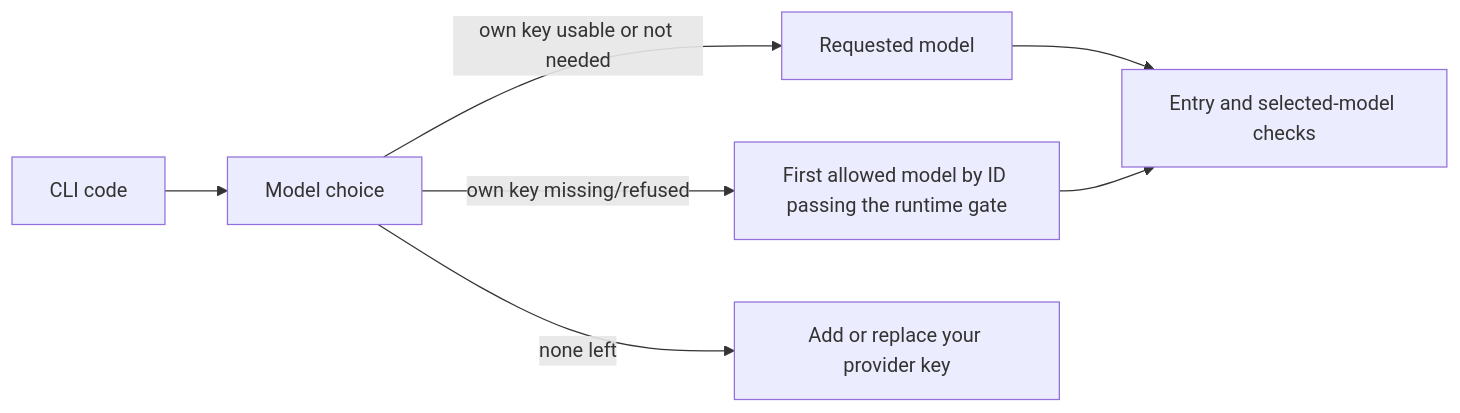
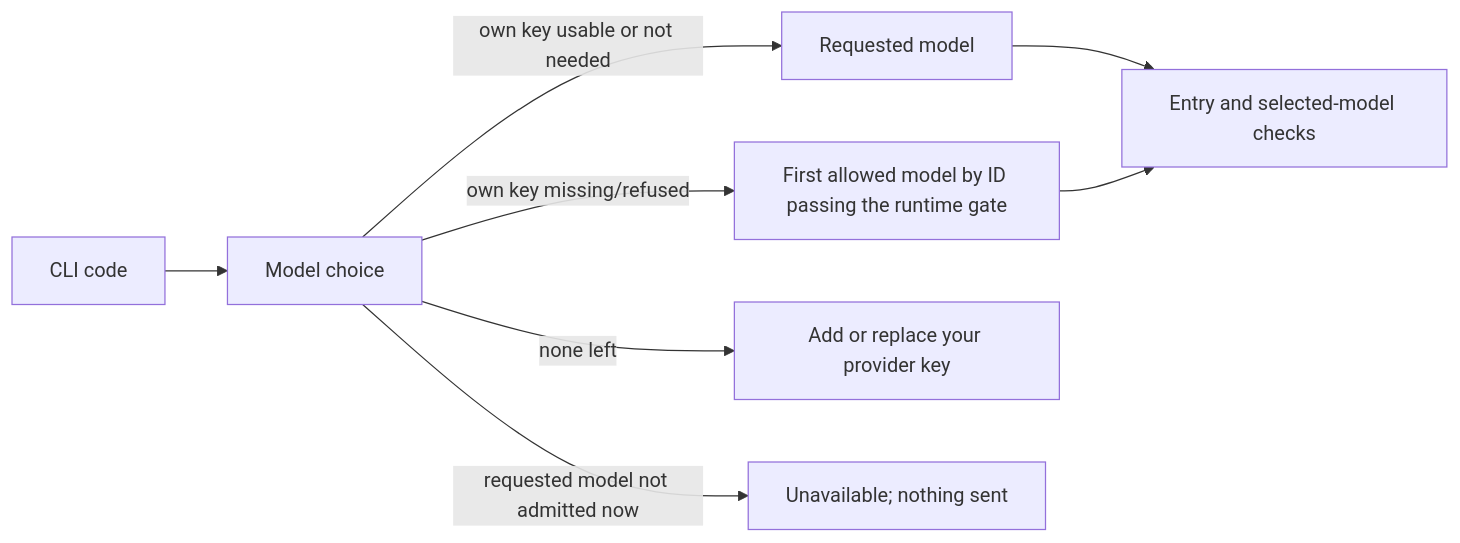
Before and after one commit to OsamaFelFel/keeplane: the fifth of 6 diagrams in docs/architecture/runtime-authorization.md, drawn with Mermaid. The commit also changed other lines of this file and 11 other files, not shown here.

````diff
--- a/docs/architecture/runtime-authorization.md
+++ b/docs/architecture/runtime-authorization.md
@@ -364,9 +368,10 @@
 ```mermaid
 flowchart LR
   CLI[CLI code] --> Choice[Model choice]
   Choice -->|own key usable or not needed| Same[Requested model]
   Choice -->|own key missing/refused| Next[First allowed model by ID passing the runtime gate]
   Choice -->|none left| Stop[Add or replace your provider key]
+  Choice -->|requested model not admitted now| Down[Unavailable; nothing sent]
   Same --> Gateway[Entry and selected-model checks]
   Next --> Gateway
 ```
````
